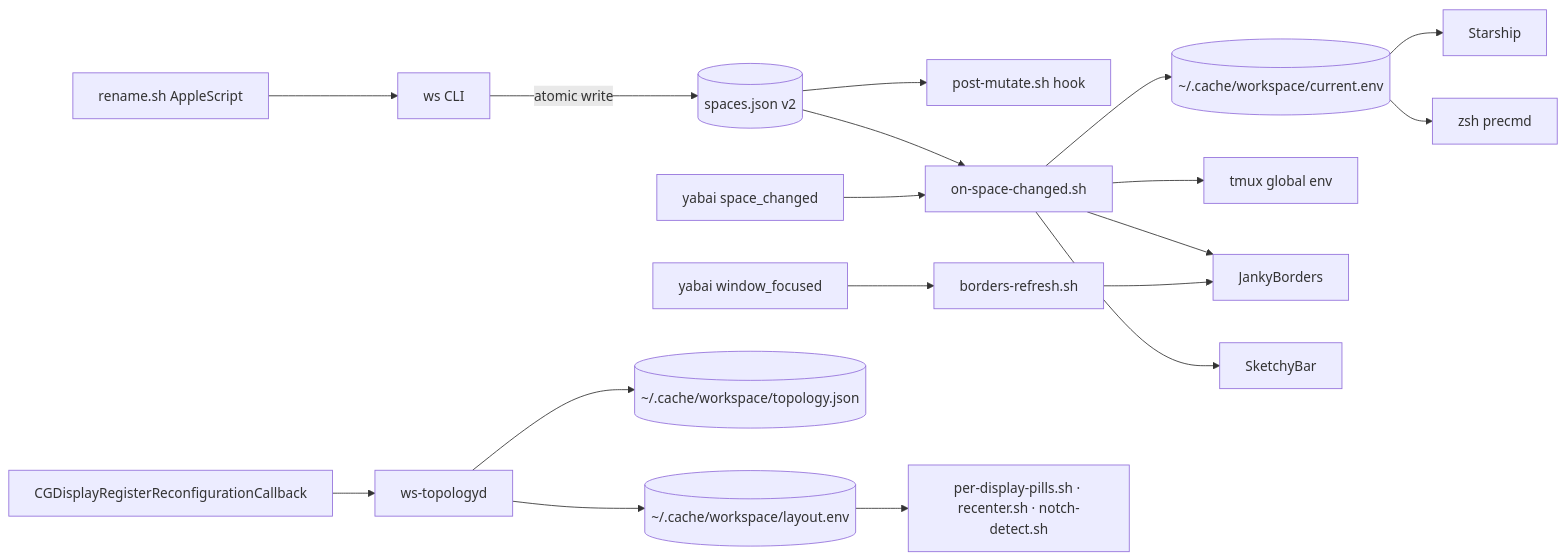
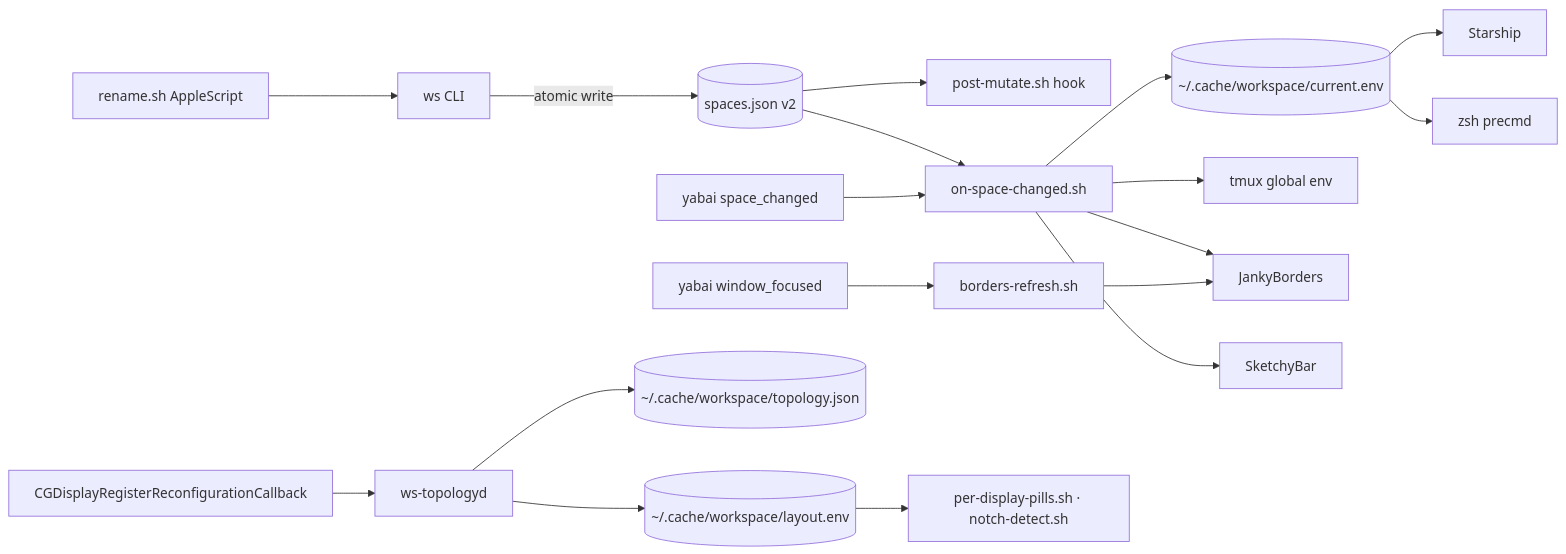
One commit to adames/dotfiles changed the second of 2 diagrams in docs/architecture.md. Above: the diagram before and after it, drawn with Mermaid. The commit also changed other lines of this file and 11 other files, not shown here.

````diff
--- a/docs/architecture.md
+++ b/docs/architecture.md
@@ -162,20 +162,20 @@
 ```mermaid
 graph LR
   CLI[ws CLI] -->|atomic write| JSON[(spaces.json v2)]
   Rename[rename.sh AppleScript] --> CLI
   JSON --> Hook[post-mutate.sh hook]
   JSON --> Cascade[on-space-changed.sh]
   yabai[yabai space_changed] --> Cascade
   yabai_focus[yabai window_focused] --> BordersRefresh[borders-refresh.sh]
   CGCallback[CGDisplayRegisterReconfigurationCallback] --> Daemon[ws-topologyd]
   Daemon --> TopologyJSON[(~/.cache/workspace/topology.json)]
   Daemon --> LayoutEnv[(~/.cache/workspace/layout.env)]
-  LayoutEnv --> SketchybarPlugins[per-display-pills.sh · recenter.sh · notch-detect.sh]
+  LayoutEnv --> SketchybarPlugins[per-display-pills.sh · notch-detect.sh]
   Cascade --> EnvFile[(~/.cache/workspace/current.env)]
   Cascade --> TmuxEnv[tmux global env]
   Cascade --> Borders[JankyBorders]
   BordersRefresh --> Borders
   Cascade --> Sketchybar[SketchyBar]
   EnvFile --> Starship
   EnvFile --> Zsh[zsh precmd]
 ```
````
